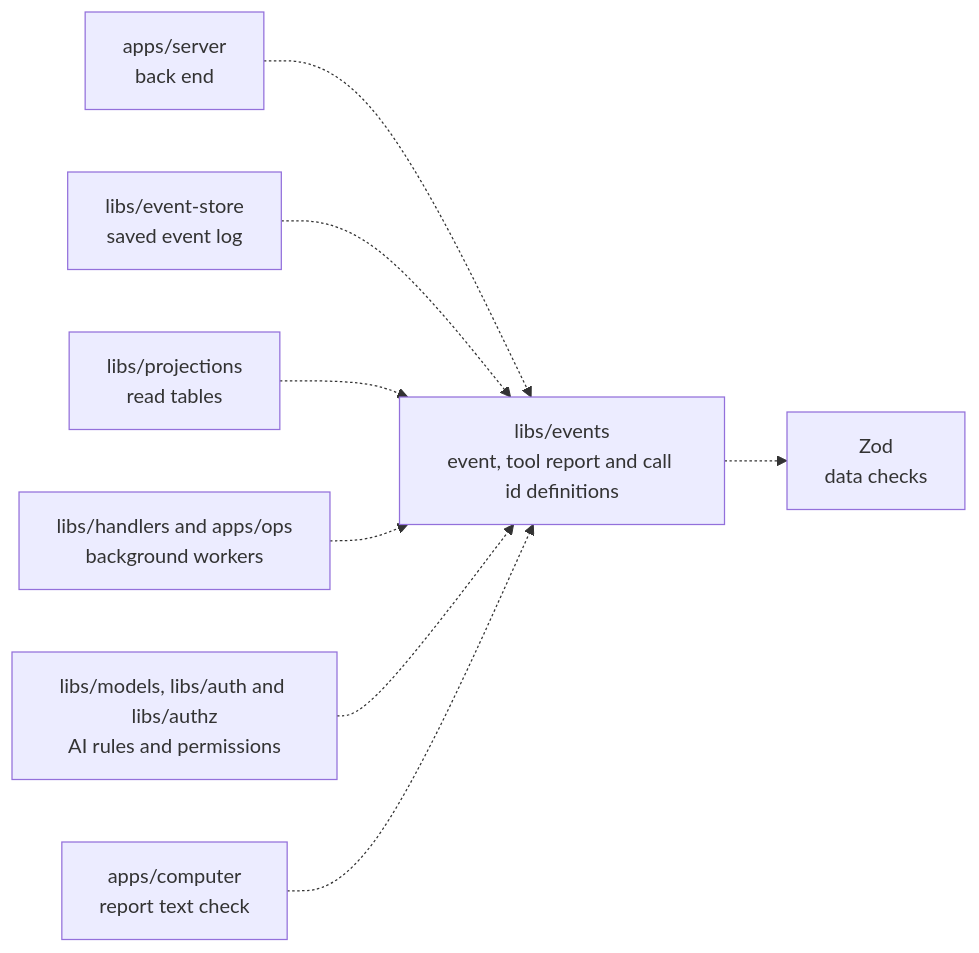
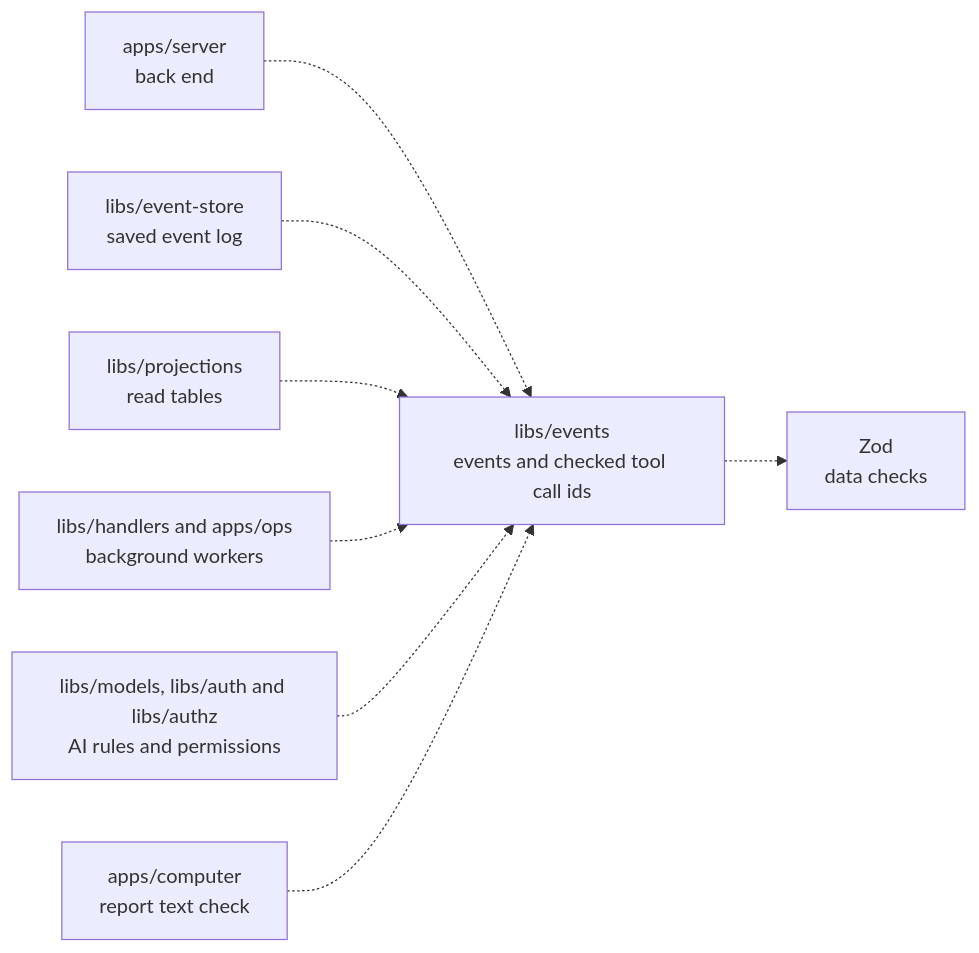
The diagram in libs/events/README.md (elewa-git/opencrane-new), drawn with Mermaid before and after one commit. The commit also changed other lines of this file and 11 other files, not shown here.

Commit message:
🔒 Refuse unsafe call ids and repeated tool-name headers

````diff
--- a/libs/events/README.md
+++ b/libs/events/README.md
@@ -22,10 +22,10 @@
 ```mermaid
 flowchart LR
-  server["apps/server<br/>back end"] -.-> events["libs/events<br/>event, tool report and call id definitions"]
+  server["apps/server<br/>back end"] -.-> events["libs/events<br/>events and checked tool call ids"]
   store["libs/event-store<br/>saved event log"] -.-> events
   projections["libs/projections<br/>read tables"] -.-> events
   workers["libs/handlers and apps/ops<br/>background workers"] -.-> events
   others["libs/models, libs/auth and libs/authz<br/>AI rules and permissions"] -.-> events
   computer["apps/computer<br/>report text check"] -.-> events
   events -.-> zod["Zod<br/>data checks"]
 ```
````
